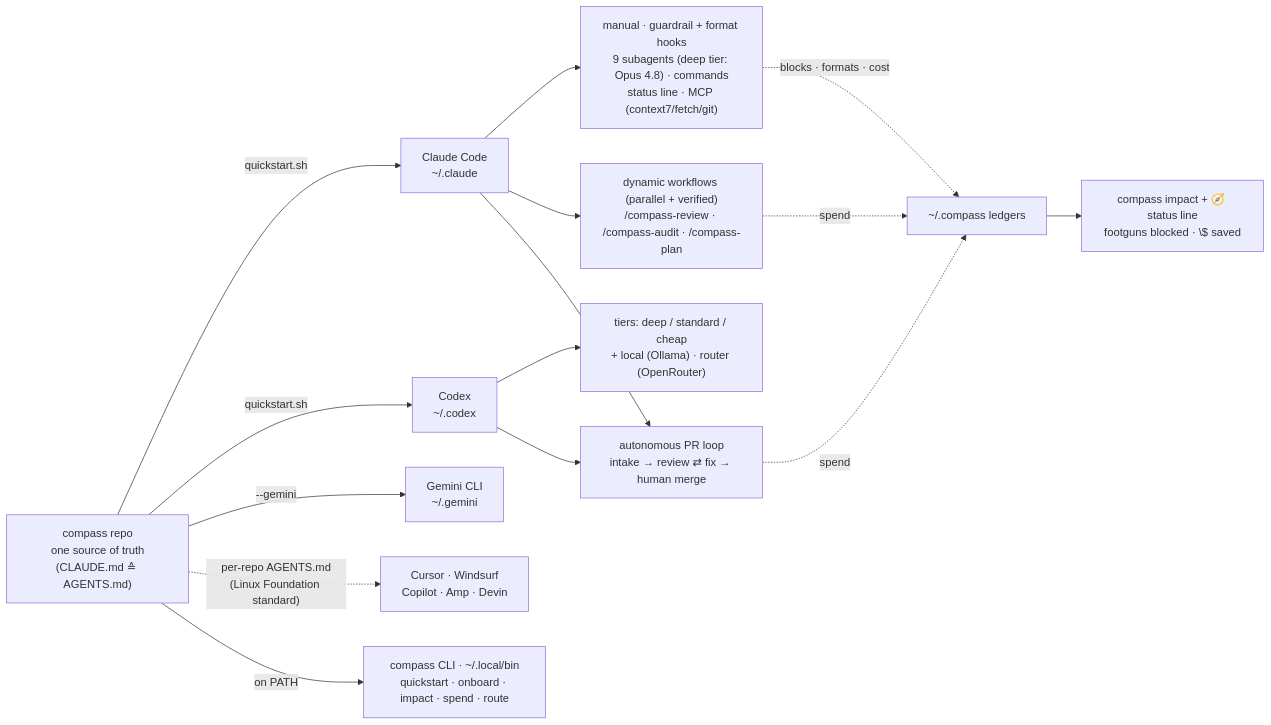
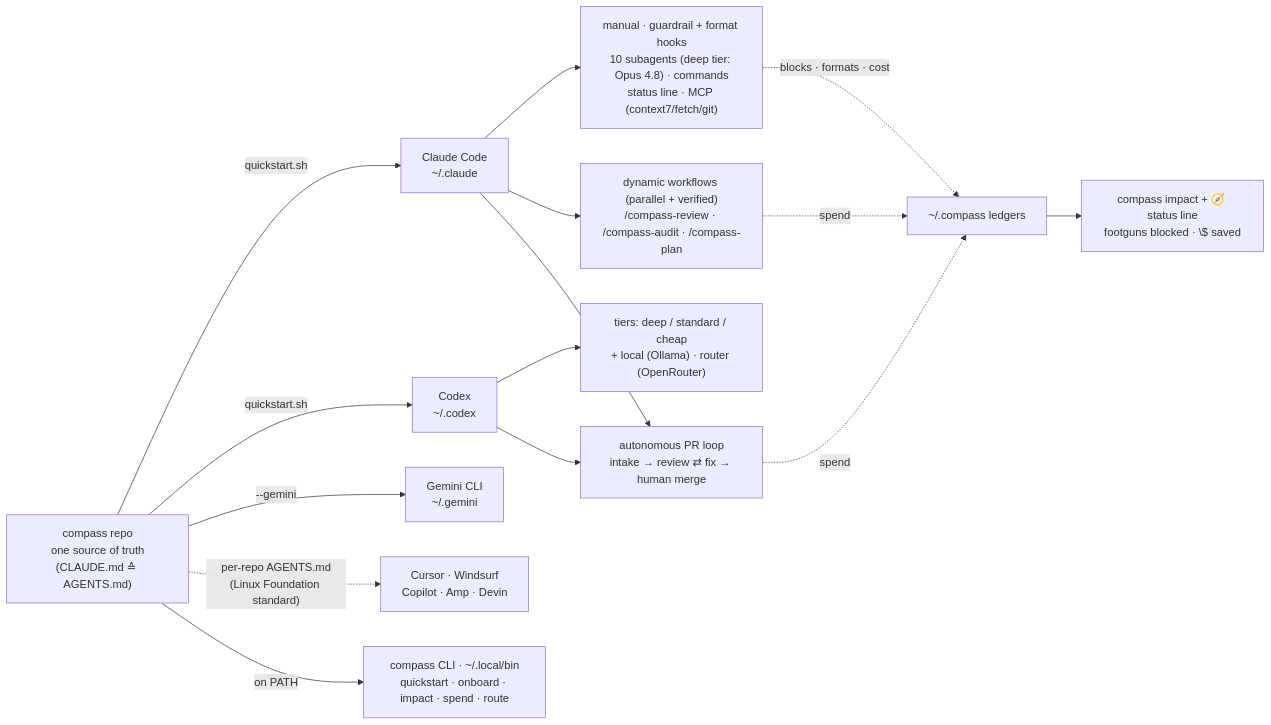
The fourth of 5 diagrams in README.md (dshakes/compass), drawn with Mermaid before and after one commit. The commit also changed other lines of this file and 24 other files, not shown here.

````diff
--- a/README.md
+++ b/README.md
@@ -354,22 +369,22 @@
 ```mermaid
 flowchart LR
   repo["compass repo<br/>one source of truth<br/>(CLAUDE.md ≙ AGENTS.md)"]
   repo -->|"quickstart.sh"| claude["Claude Code<br/>~/.claude"]
   repo -->|"quickstart.sh"| codex["Codex<br/>~/.codex"]
   repo -->|"--gemini"| gemini["Gemini CLI<br/>~/.gemini"]
   repo -. "per-repo AGENTS.md<br/>(Linux Foundation standard)" .-> ides["Cursor · Windsurf<br/>Copilot · Amp · Devin"]
 
   repo -->|"on PATH"| cli["compass CLI · ~/.local/bin<br/>quickstart · onboard · impact · spend · route"]
 
-  claude --> bundle["manual · guardrail + format hooks<br/>9 subagents (deep tier: Opus 4.8) · commands<br/>status line · MCP (context7/fetch/git)"]
+  claude --> bundle["manual · guardrail + format hooks<br/>10 subagents (deep tier: Opus 4.8) · commands<br/>status line · MCP (context7/fetch/git)"]
   codex --> tiers["tiers: deep / standard / cheap<br/>+ local (Ollama) · router (OpenRouter)"]
 
   claude --> wf["dynamic workflows (parallel + verified)<br/>/compass-review · /compass-audit · /compass-plan"]
   claude --> loop["autonomous PR loop<br/>intake → review ⇄ fix → human merge"]
   codex --> loop
 
   bundle -. "blocks · formats · cost" .-> obs["~/.compass ledgers"]
   wf -. "spend" .-> obs
   loop -. "spend" .-> obs
   obs --> impact["compass impact + 🧭 status line<br/>footguns blocked · \$ saved"]
 ```
````
